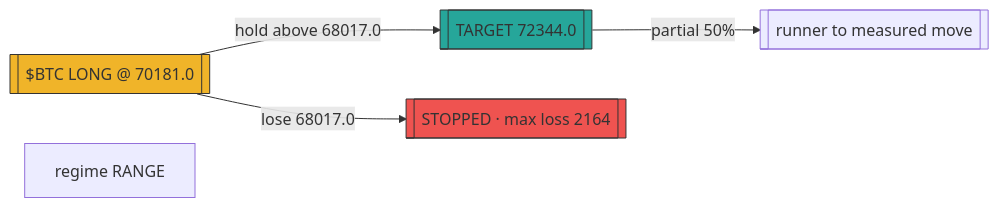
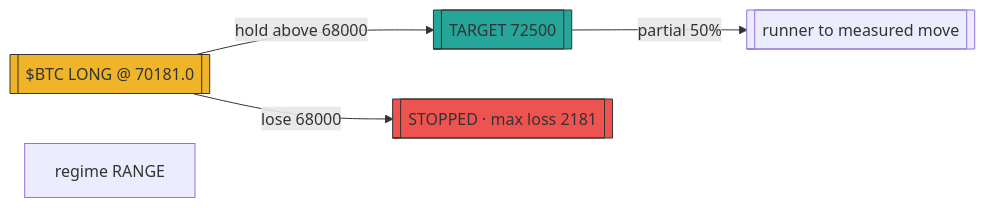
The diagram in astronomer/data/proveout_posts_Trader_XO/2034588631105429655.mmd (prx0r/BEAR), drawn with Mermaid before and after one commit. The commit also changed 2030 other files, not shown here.

```diff
--- a/astronomer/data/proveout_posts_Trader_XO/2034588631105429655.mmd
+++ b/astronomer/data/proveout_posts_Trader_XO/2034588631105429655.mmd
@@ -1,9 +1,9 @@
 flowchart LR
     sig[["$BTC LONG @ 70181.0"]]
-    sig -->|"hold above 68017.0"| tgt[["TARGET 72344.0"]]
-    sig -->|"lose 68017.0"| stp[["STOPPED · max loss 2164"]]
+    sig -->|"hold above 68000"| tgt[["TARGET 72500"]]
+    sig -->|"lose 68000"| stp[["STOPPED · max loss 2181"]]
     tgt -->|"partial 50%"| t2[["runner to measured move"]]
     style sig fill:#f0b429,stroke:#333
     style tgt fill:#26a69a,stroke:#333
     style stp fill:#ef5350,stroke:#333
     sub["regime RANGE" ]
```
